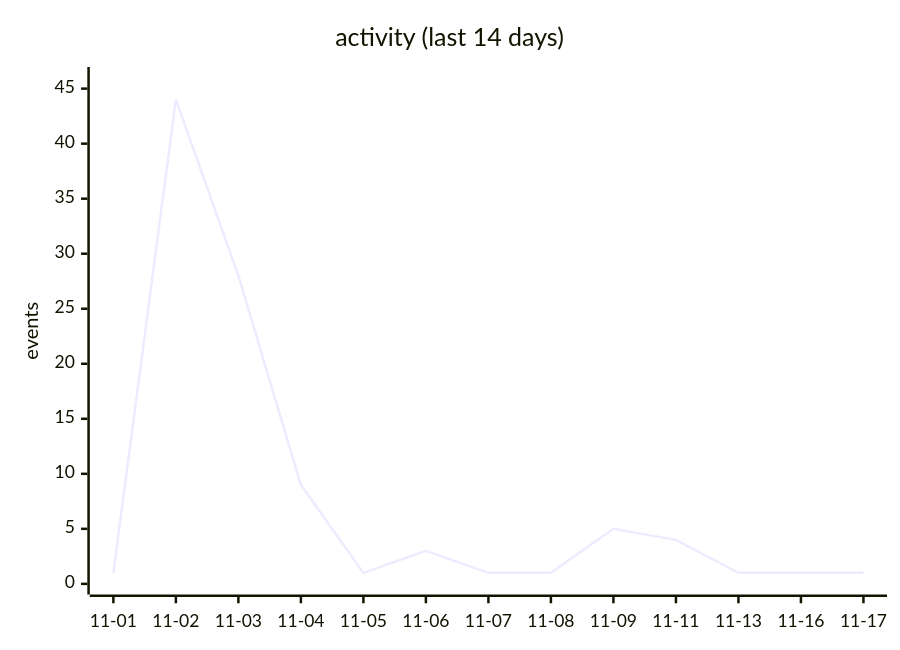
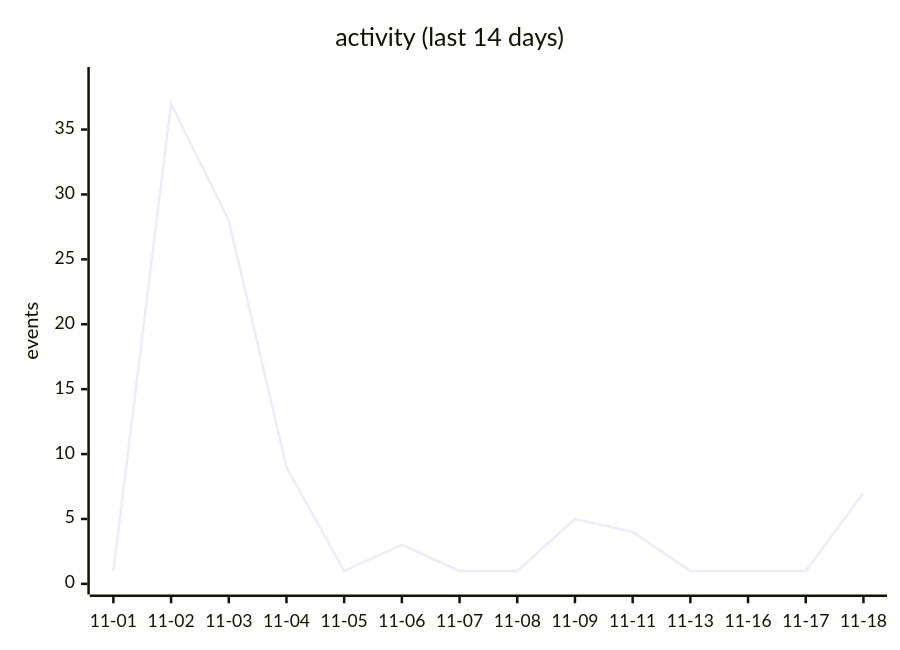
One commit to lunarshe11/lunarshe11 changed the second of 3 diagrams in README.md. Above: the diagram before and after it, drawn with Mermaid. The commit also changed other lines of this file, not shown here.

````diff
--- a/README.md
+++ b/README.md
@@ -46,7 +48,7 @@
 ```mermaid
 xychart-beta
     title "activity (last 14 days)"
-    x-axis ["11-01", "11-02", "11-03", "11-04", "11-05", "11-06", "11-07", "11-08", "11-09", "11-11", "11-13", "11-16", "11-17"]
-    y-axis "events" 0 --> 46
-    line [1, 44, 28, 9, 1, 3, 1, 1, 5, 4, 1, 1, 1]
+    x-axis ["11-01", "11-02", "11-03", "11-04", "11-05", "11-06", "11-07", "11-08", "11-09", "11-11", "11-13", "11-16", "11-17", "11-18"]
+    y-axis "events" 0 --> 39
+    line [1, 37, 28, 9, 1, 3, 1, 1, 5, 4, 1, 1, 1, 7]
 ```
````
